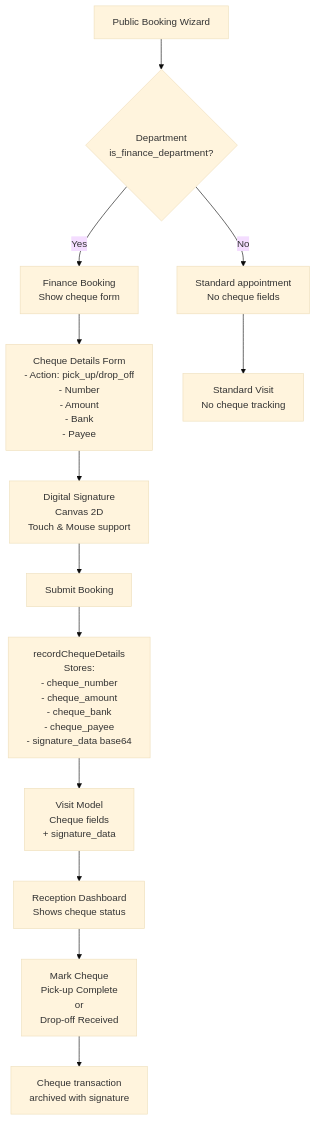
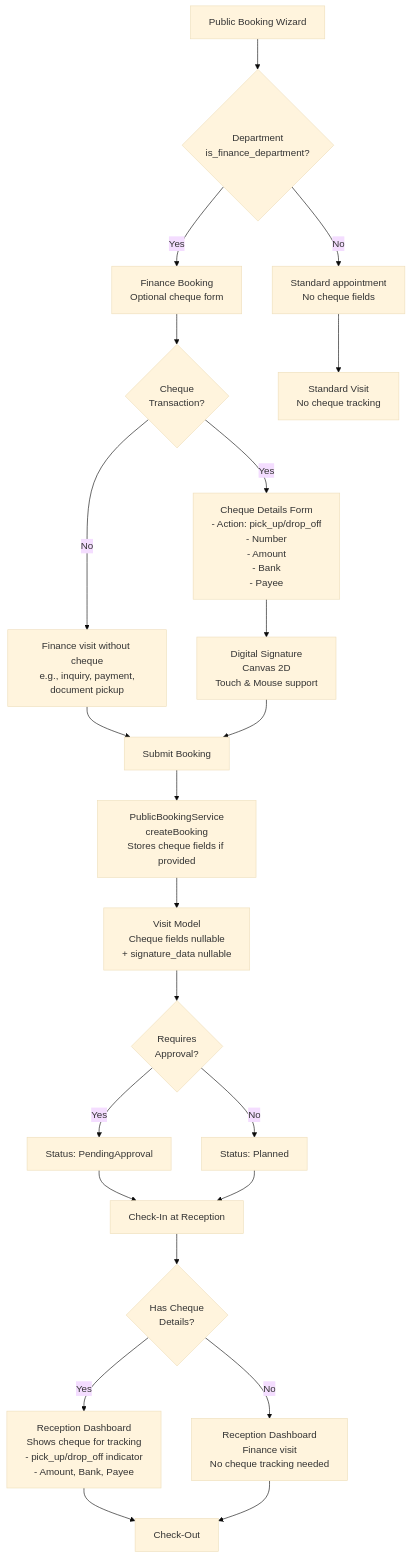
The fourth of 8 diagrams in docs/architecture-diagrams.md (Machogu001/visitors), drawn with Mermaid (base theme) before and after one commit.

Commit message:
Update finance cheque workflow diagram to show optional cheque transactions

````diff
--- a/docs/architecture-diagrams.md
+++ b/docs/architecture-diagrams.md
@@ -175,27 +175,40 @@
 ```mermaid
 graph TD
     BOOK["Public Booking Wizard"]
     
     BOOK --> DEPT{Department<br/>is_finance_department?}
     
     DEPT -->|No| STD["Standard appointment<br/>No cheque fields"]
-    DEPT -->|Yes| FIN_BOOK["Finance Booking<br/>Show cheque form"]
+    DEPT -->|Yes| FIN_BOOK["Finance Booking<br/>Optional cheque form"]
     
-    FIN_BOOK --> CHEQUE_FORM["Cheque Details Form<br/>- Action: pick_up/drop_off<br/>- Number<br/>- Amount<br/>- Bank<br/>- Payee"]
+    FIN_BOOK --> CHEQUE_OPT{Cheque<br/>Transaction?}
     
+    CHEQUE_OPT -->|No| NO_CHEQUE["Finance visit without cheque<br/>e.g., inquiry, payment,<br/>document pickup"]
+    CHEQUE_OPT -->|Yes| CHEQUE_FORM["Cheque Details Form<br/>- Action: pick_up/drop_off<br/>- Number<br/>- Amount<br/>- Bank<br/>- Payee"]
+    
+    NO_CHEQUE --> SUBMIT["Submit Booking"]
     CHEQUE_FORM --> SIG["Digital Signature<br/>Canvas 2D<br/>Touch & Mouse support"]
+    SIG --> SUBMIT
     
-    SIG --> SUBMIT["Submit Booking"]
+    SUBMIT --> RECORD["PublicBookingService<br/>createBooking<br/>Stores cheque fields if provided"]
     
-    SUBMIT --> RECORD["recordChequeDetails<br/>Stores:<br/>- cheque_number<br/>- cheque_amount<br/>- cheque_bank<br/>- cheque_payee<br/>- signature_data base64"]
+    RECORD --> DB["Visit Model<br/>Cheque fields nullable<br/>+ signature_data nullable"]
     
-    RECORD --> DB["Visit Model<br/>Cheque fields<br/>+ signature_data"]
+    DB --> GATE{Requires<br/>Approval?}
     
-    DB --> DISPLAY["Reception Dashboard<br/>Shows cheque status"]
+    GATE -->|Yes| PENDING["Status: PendingApproval"]
+    GATE -->|No| PLANNED["Status: Planned"]
     
-    DISPLAY --> FULFILLED["Mark Cheque<br/>Pick-up Complete<br/>or<br/>Drop-off Received"]
+    PENDING --> CHECKIN["Check-In at Reception"]
+    PLANNED --> CHECKIN
     
-    FULFILLED --> ARCHIVE["Cheque transaction<br/>archived with signature"]
+    CHECKIN --> WITH_CHEQUE{Has Cheque<br/>Details?}
+    
+    WITH_CHEQUE -->|Yes| CHEQUE_DISPLAY["Reception Dashboard<br/>Shows cheque for tracking<br/>- pick_up/drop_off indicator<br/>- Amount, Bank, Payee"]
+    WITH_CHEQUE -->|No| NO_CHEQUE_DISPLAY["Reception Dashboard<br/>Finance visit<br/>No cheque tracking needed"]
+    
+    CHEQUE_DISPLAY --> CHECKOUT["Check-Out"]
+    NO_CHEQUE_DISPLAY --> CHECKOUT
     
     STD --> DONE["Standard Visit<br/>No cheque tracking"]
 ```
````
